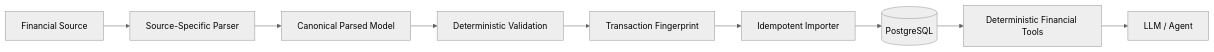
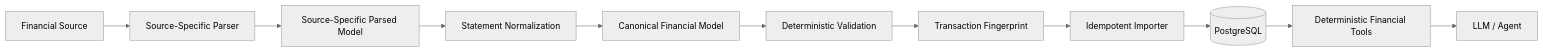
One commit to daniel-carneiro-nascimento/sherlock-home changed the fourth of 6 diagrams in docs/architecture.md. Above: the diagram before and after it, drawn with Mermaid (neutral theme). The commit also changed other lines of this file and 3 other files, not shown here.

````diff
--- a/docs/architecture.md
+++ b/docs/architecture.md
@@ -234,15 +235,17 @@
 ```mermaid
 flowchart LR
 
     SOURCE[Financial Source]
 
     SOURCE --> PARSER[Source-Specific Parser]
-    PARSER --> CANON[Canonical Parsed Model]
+    PARSER --> PARSED[Source-Specific Parsed Model]
+    PARSED --> NORMALIZE[Statement Normalization]
+    NORMALIZE --> CANON[Canonical Financial Model]
     CANON --> VALIDATE[Deterministic Validation]
     VALIDATE --> FINGERPRINT[Transaction Fingerprint]
     FINGERPRINT --> IMPORTER[Idempotent Importer]
     IMPORTER --> DB[(PostgreSQL)]
 
     DB --> TOOLS[Deterministic Financial Tools]
     TOOLS --> AGENT[LLM / Agent]
 ```
````
